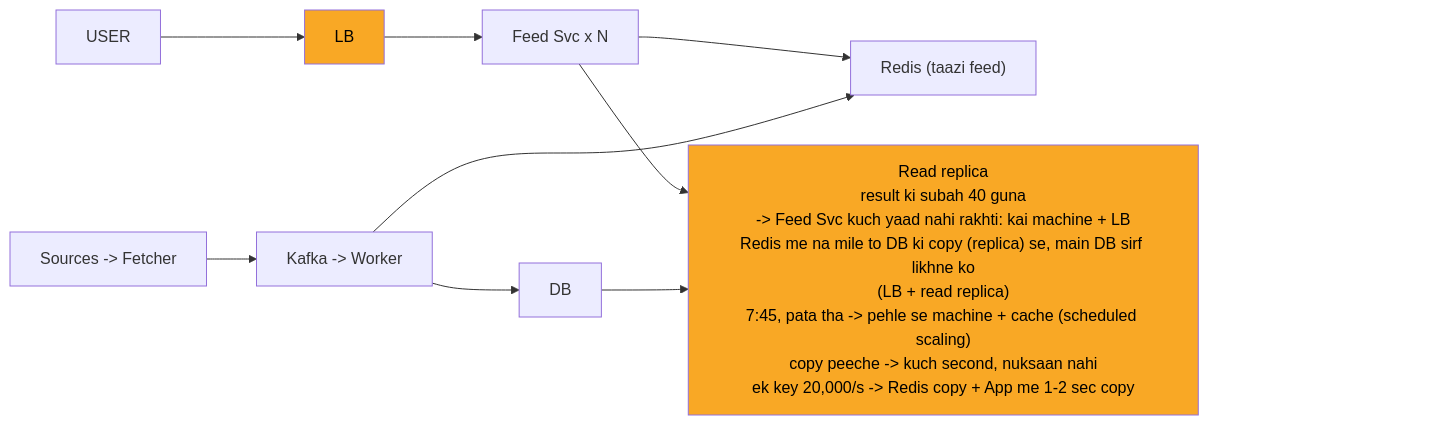
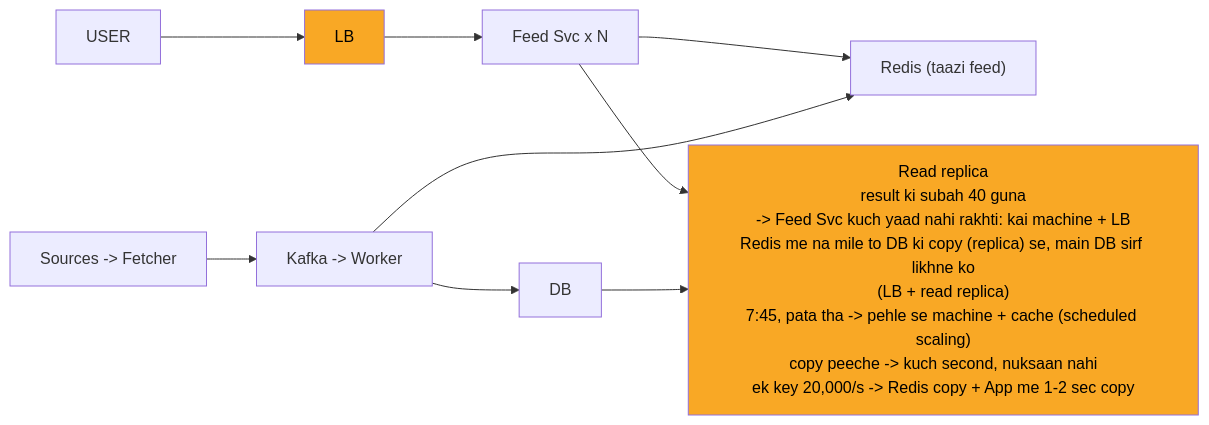
One commit to ArpanMaheshwari144/Prep changed the fourth of 11 diagrams in 04_HLD/SYSTEM_DESIGNS/08_news_aggregator/08_news_aggregator_INTERVIEW.md. Above: the diagram before and after it, drawn with Mermaid. The commit also changed other lines of this file and 182 other files, not shown here.

Commit message:
hld 14 file: har diagram mermaid-cli se SVG image (source details me), n_pad hataya, render tool 04_HLD/tools

````diff
--- a/04_HLD/SYSTEM_DESIGNS/08_news_aggregator/08_news_aggregator_INTERVIEW.md
+++ b/04_HLD/SYSTEM_DESIGNS/08_news_aggregator/08_news_aggregator_INTERVIEW.md
@@ -173,25 +189,22 @@
 ```mermaid
 %%{init: {"flowchart": {"wrappingWidth": 450}}}%%
 flowchart LR
     n_USER["USER"]
     n_LB["LB"]
     n_Feed_Svc_xN["Feed Svc x N"]
     n_Redis["Redis (taazi feed)"]
     n_Read_replica["Read replica<br/>result ki subah 40 guna<br/>-> Feed Svc kuch yaad nahi rakhti: kai machine + LB<br/>Redis me na mile to DB ki copy (replica) se, main DB sirf likhne ko<br/>(LB + read replica)<br/>7:45, pata tha -> pehle se machine + cache (scheduled scaling)<br/>copy peeche -> kuch second, nuksaan nahi<br/>ek key 20,000/s -> Redis copy + App me 1-2 sec copy"]
     n_DB["DB"]
     n_KW["Kafka -> Worker"]
     n_SF["Sources -> Fetcher"]
     n_USER --> n_LB
     n_LB --> n_Feed_Svc_xN
     n_Feed_Svc_xN --> n_Redis
     n_Feed_Svc_xN --> n_Read_replica
     n_DB --> n_Read_replica
     n_KW --> n_DB
     n_KW --> n_Redis
     n_SF --> n_KW
-    n_pad["xxxxxxxxxxxxxxxx"]
-    n_Read_replica ~~~ n_pad
     style n_LB fill:#f9a825,color:#000
     style n_Read_replica fill:#f9a825,color:#000
-    style n_pad fill:none,stroke:none,color:#ffffff00
 ```
````
